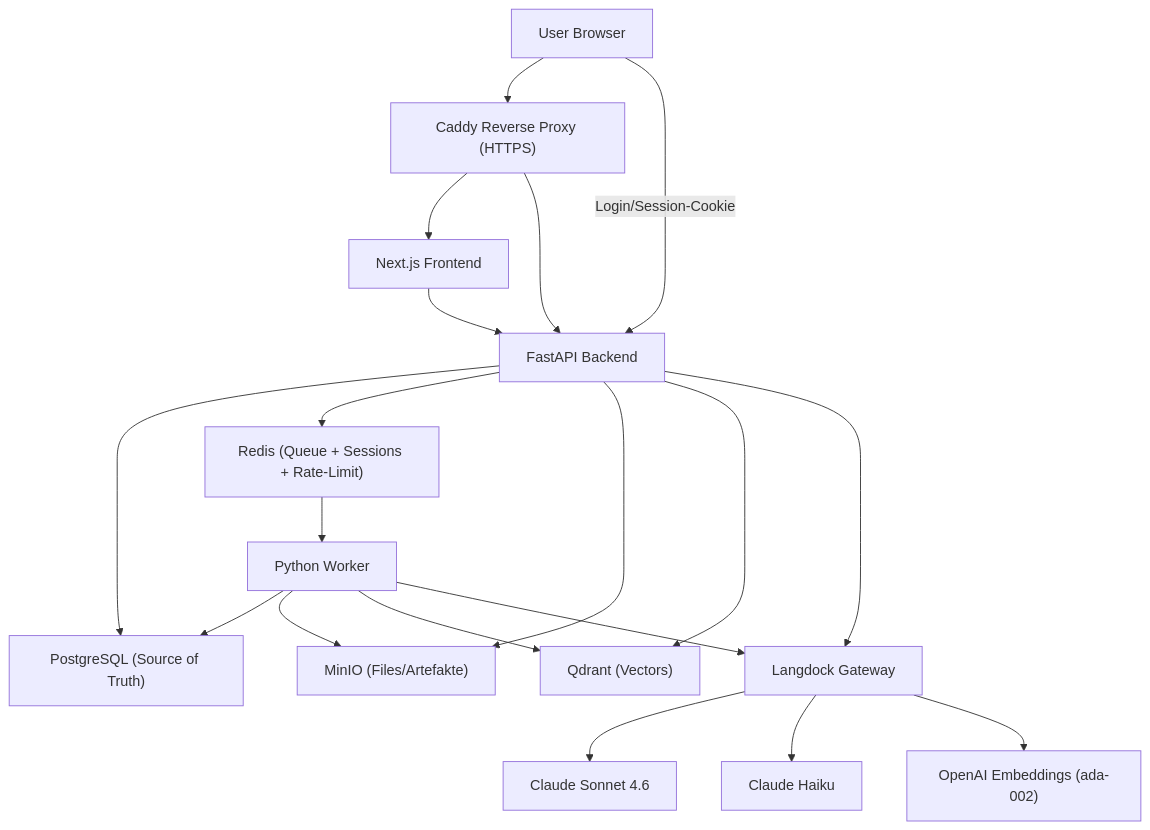
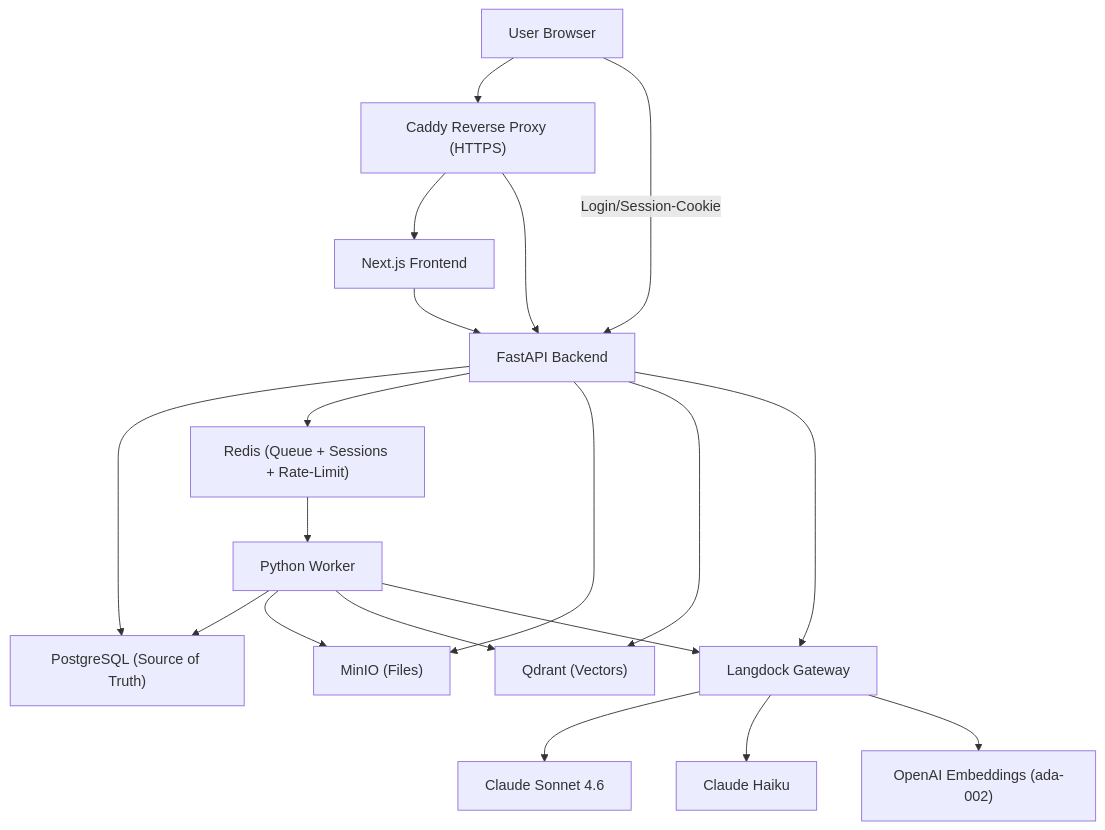
Before and after one commit to Hereliesviolet/NotebookLMC: the diagram in docs/architecture.md, drawn with Mermaid. The commit also changed other lines of this file and 4 other files, not shown here.

````diff
--- a/docs/architecture.md
+++ b/docs/architecture.md
@@ -5,21 +5,21 @@
 ```mermaid
 flowchart TB
     Browser["User Browser"] --> Caddy["Caddy Reverse Proxy (HTTPS)"]
     Caddy --> Frontend["Next.js Frontend"]
     Caddy --> API["FastAPI Backend"]
     Frontend --> API
     Browser -->|"Login/Session-Cookie"| API
     API --> Postgres["PostgreSQL (Source of Truth)"]
     API --> Redis["Redis (Queue + Sessions + Rate-Limit)"]
-    API --> MinIO["MinIO (Files/Artefakte)"]
+    API --> MinIO["MinIO (Files)"]
     API --> Qdrant["Qdrant (Vectors)"]
     API --> Langdock["Langdock Gateway"]
     Redis --> Worker["Python Worker"]
     Worker --> Postgres
     Worker --> MinIO
     Worker --> Qdrant
     Worker --> Langdock
     Langdock --> Sonnet["Claude Sonnet 4.6"]
     Langdock --> Haiku["Claude Haiku"]
     Langdock --> Embeddings["OpenAI Embeddings (ada-002)"]
 ```
````
